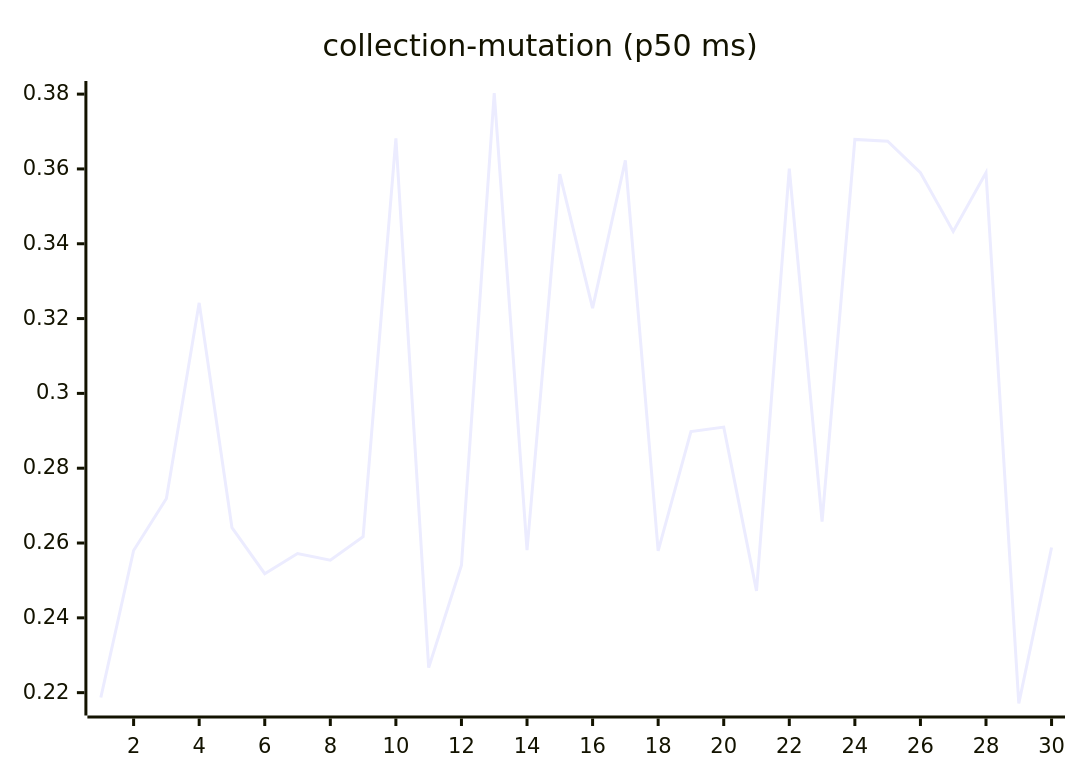
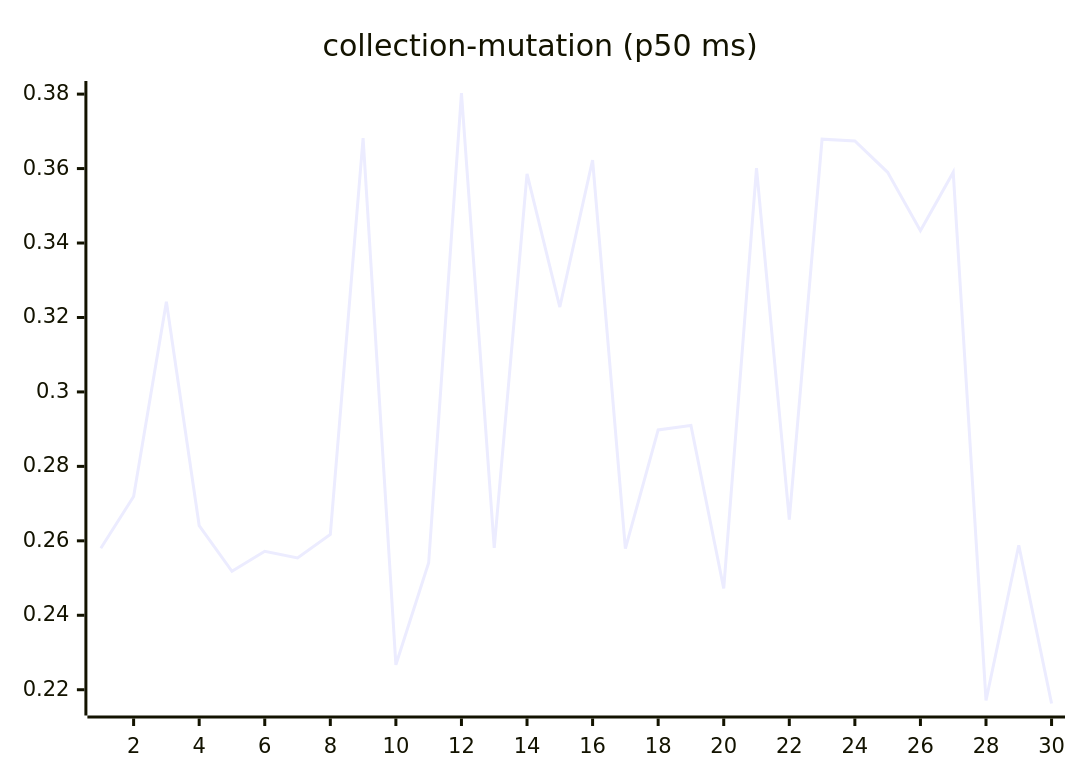
The sixth of 27 diagrams in README.md (josha/Facet), drawn with Mermaid before and after one commit. The commit also changed other lines of this file and 2 other files, not shown here.

````diff
--- a/README.md
+++ b/README.md
@@ -98,6 +98,6 @@
 ```mermaid
 xychart-beta
     title "collection-mutation (p50 ms)"
     x-axis 1 --> 30
-    line [0.2187, 0.2580, 0.2719, 0.3242, 0.2641, 0.2518, 0.2572, 0.2554, 0.2617, 0.3682, 0.2267, 0.2541, 0.3803, 0.2581, 0.3586, 0.3228, 0.3623, 0.2579, 0.2898, 0.2910, 0.2472, 0.3601, 0.2657, 0.3679, 0.3674, 0.3590, 0.3433, 0.3590, 0.2171, 0.2588]
+    line [0.2580, 0.2719, 0.3242, 0.2641, 0.2518, 0.2572, 0.2554, 0.2617, 0.3682, 0.2267, 0.2541, 0.3803, 0.2581, 0.3586, 0.3228, 0.3623, 0.2579, 0.2898, 0.2910, 0.2472, 0.3601, 0.2657, 0.3679, 0.3674, 0.3590, 0.3433, 0.3590, 0.2171, 0.2588, 0.2163]
 ```
````
